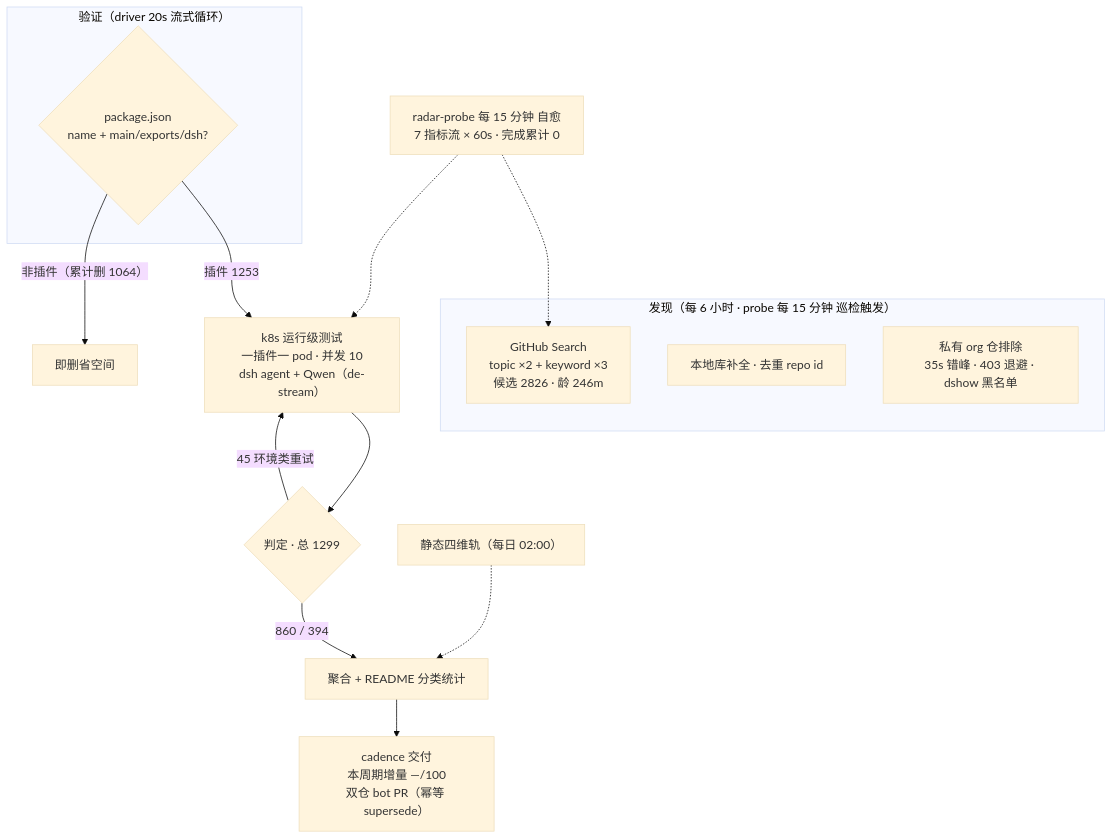
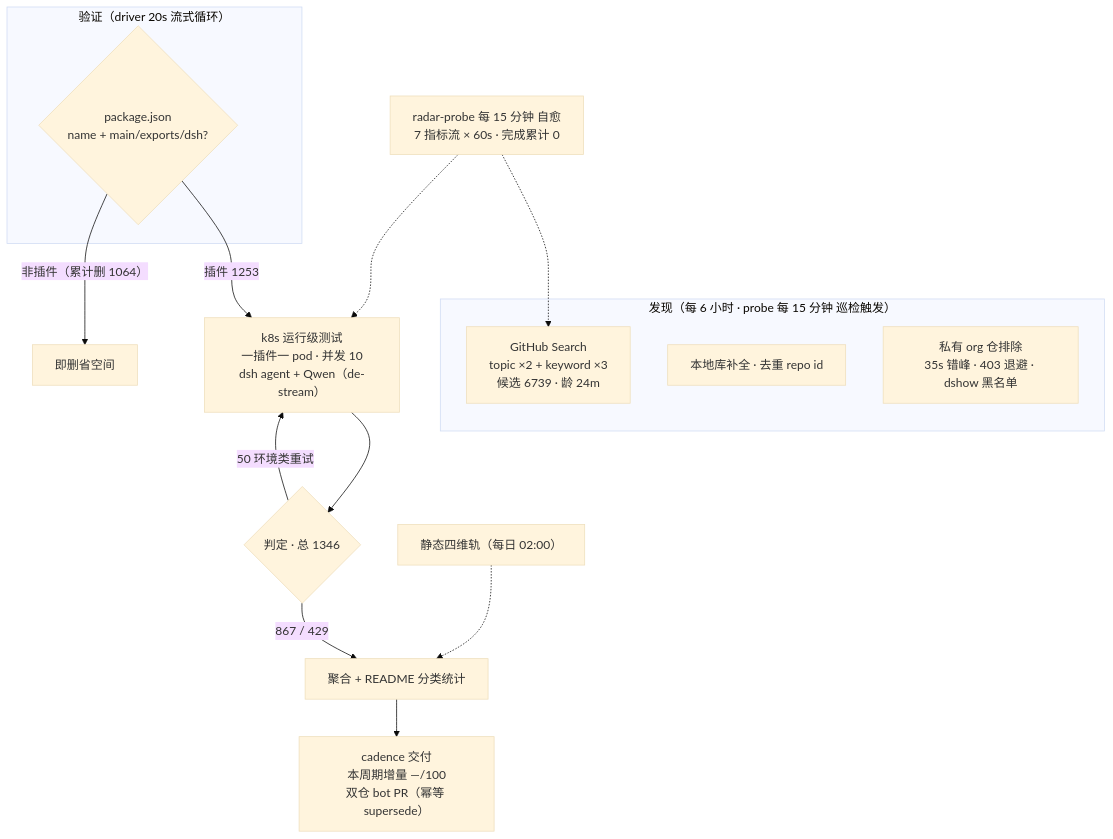
Before and after one commit to Zhidao-Lab-OSS/awesome-dsh-plugins: the diagram in README.md, drawn with Mermaid (base theme). The commit also changed other lines of this file and 1 other file, not shown here.

````diff
--- a/README.md
+++ b/README.md
@@ -30,20 +30,20 @@
 ```mermaid
 flowchart TB
     subgraph Discovery[" 发现（每 6 小时 · probe 每 15 分钟 巡检触发）"]
-        A1["GitHub Search<br/>topic ×2 + keyword ×3<br/>候选 2826 · 龄 246m"]
+        A1["GitHub Search<br/>topic ×2 + keyword ×3<br/>候选 6739 · 龄 24m"]
         A2["本地库补全 · 去重 repo id"]
         A3[" 私有 org 仓排除<br/>35s 错峰 · 403 退避 · dshow 黑名单"]
     end
     subgraph Validation[" 验证（driver 20s 流式循环）"]
         B1{"package.json<br/>name + main/exports/dsh?"}
     end
     B1 -->|"插件 1253"| C1["k8s 运行级测试<br/>一插件一 pod · 并发 10<br/>dsh agent + Qwen（de-stream）"]
     B1 -->|"非插件（累计删 1064）"| B3[" 即删省空间"]
-    C1 --> D1{"判定 · 总 1299"}
-    D1 -->|" 860 /  394"| E1["聚合 + README 分类统计"]
-    D1 -->|" 45 环境类重试"| C1
+    C1 --> D1{"判定 · 总 1346"}
+    D1 -->|" 867 /  429"| E1["聚合 + README 分类统计"]
+    D1 -->|" 50 环境类重试"| C1
     E1 --> E2["cadence 交付<br/>本周期增量 —/100<br/>双仓 bot PR（幂等 supersede）"]
     S[" 静态四维轨（每日 02:00）"] -.-> E1
     M[" radar-probe 每 15 分钟 自愈<br/>7 指标流 × 60s · 完成累计 0"] -.-> A1
     M -.-> C1
 ```
````
